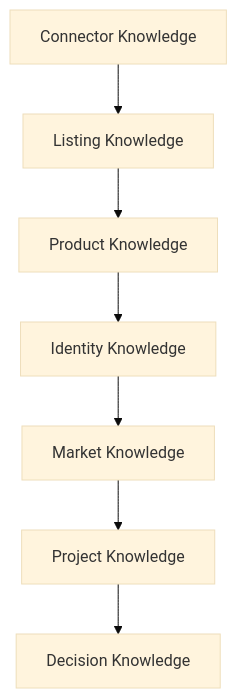
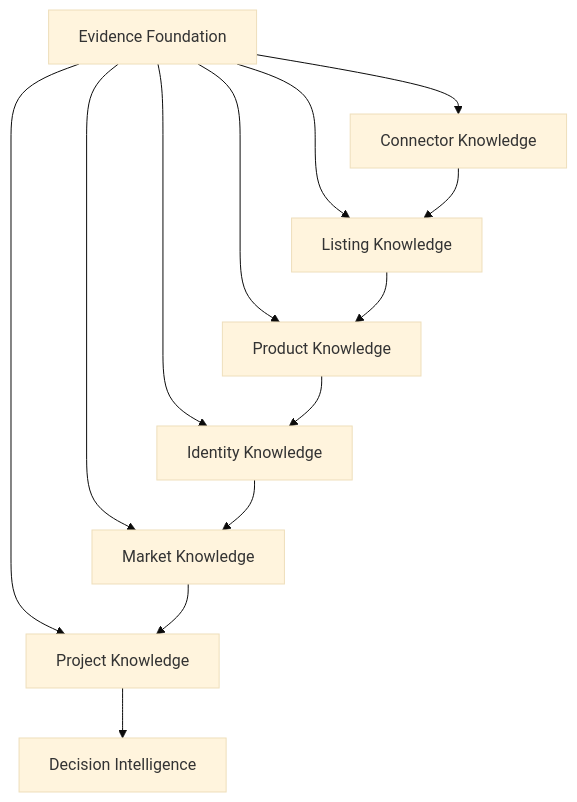
One commit to MarkStokes-outlook/product-finder changed the second of 2 diagrams in docs/knowledge-model.md. Above: the diagram before and after it, drawn with Mermaid (base theme). The commit also changed other lines of this file and 9 other files, not shown here.

Commit message:
docs(architecture): establish Platform Architecture v1 baseline

````diff
--- a/docs/knowledge-model.md
+++ b/docs/knowledge-model.md
@@ -9,9 +27,15 @@
 ```mermaid
 flowchart TD
-    A[Connector Knowledge] --> B[Listing Knowledge]
+    E[Evidence Foundation] --> A[Connector Knowledge]
+    E --> B[Listing Knowledge]
+    E --> C[Product Knowledge]
+    E --> D[Identity Knowledge]
+    E --> F[Market Knowledge]
+    E --> G[Project Knowledge]
+    A --> B
     B --> C[Product Knowledge]
     C --> D[Identity Knowledge]
-    D --> E[Market Knowledge]
-    E --> F[Project Knowledge]
-    F --> G[Decision Knowledge]
+    D --> F[Market Knowledge]
+    F --> G[Project Knowledge]
+    G --> H[Decision Intelligence]
 ```
````
